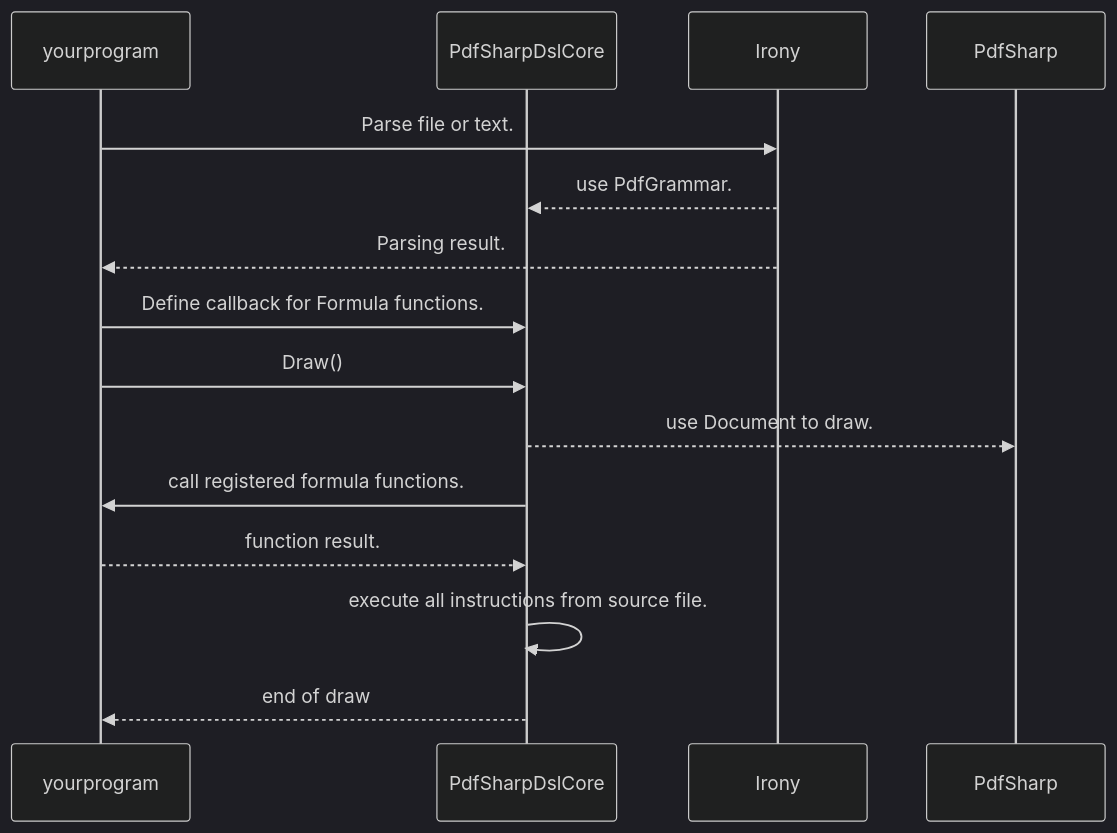
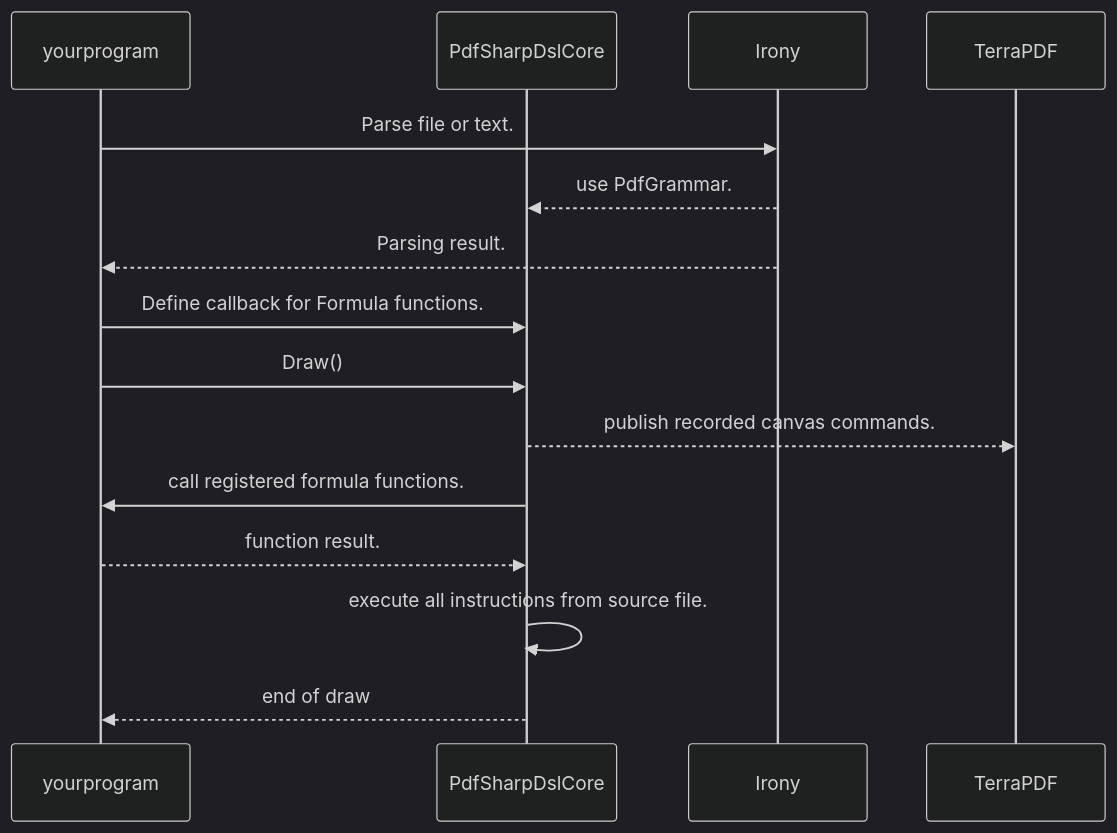
Before and after one commit to pgourlain/bnf_and_pdf: the diagram in README.md, drawn with Mermaid (dark theme). The commit also changed other lines of this file and 62 other files, not shown here.

Commit message:
Users/pgo/terra pdf migration (#18)

````diff
--- a/README.md
+++ b/README.md
@@ -59,18 +57,18 @@
 ```mermaid
 sequenceDiagram
     participant yourprogram
     participant PdfSharpDslCore
     participant Irony
-    participant PdfSharp
+    participant TerraPDF
     yourprogram->>Irony: Parse file or text.
     Irony -->> PdfSharpDslCore: use PdfGrammar.
     Irony-->>yourprogram: Parsing result.
     
     yourprogram->>PdfSharpDslCore: Define callback for Formula functions.
     yourprogram->>PdfSharpDslCore: Draw()
-    PdfSharpDslCore -->>PdfSharp: use Document to draw.
+    PdfSharpDslCore -->>TerraPDF: publish recorded canvas commands.
     PdfSharpDslCore->>yourprogram: call registered formula functions.
     yourprogram-->>PdfSharpDslCore: function result.
     PdfSharpDslCore->>PdfSharpDslCore: execute all instructions from source file.
     PdfSharpDslCore-->>yourprogram: end of draw
 ```
````
